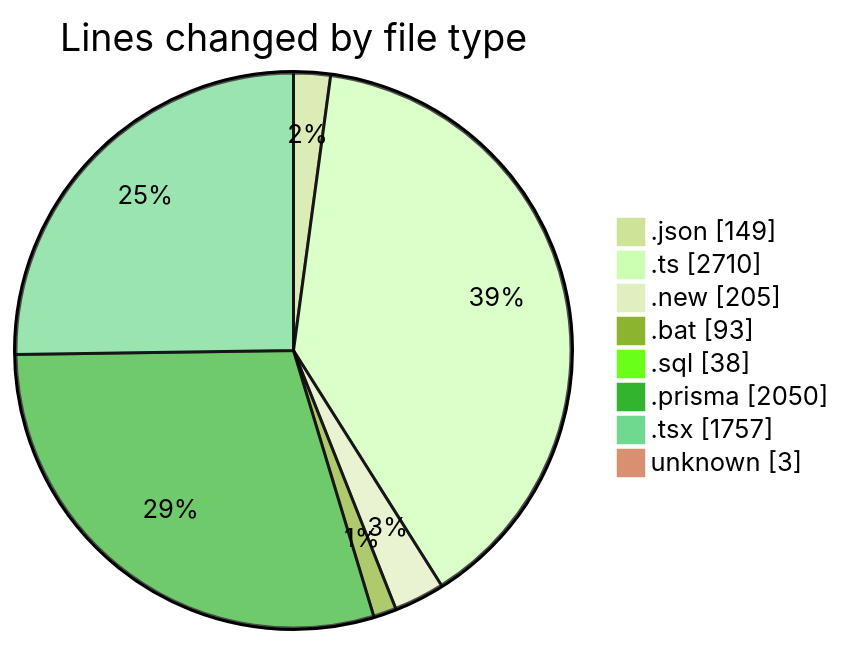
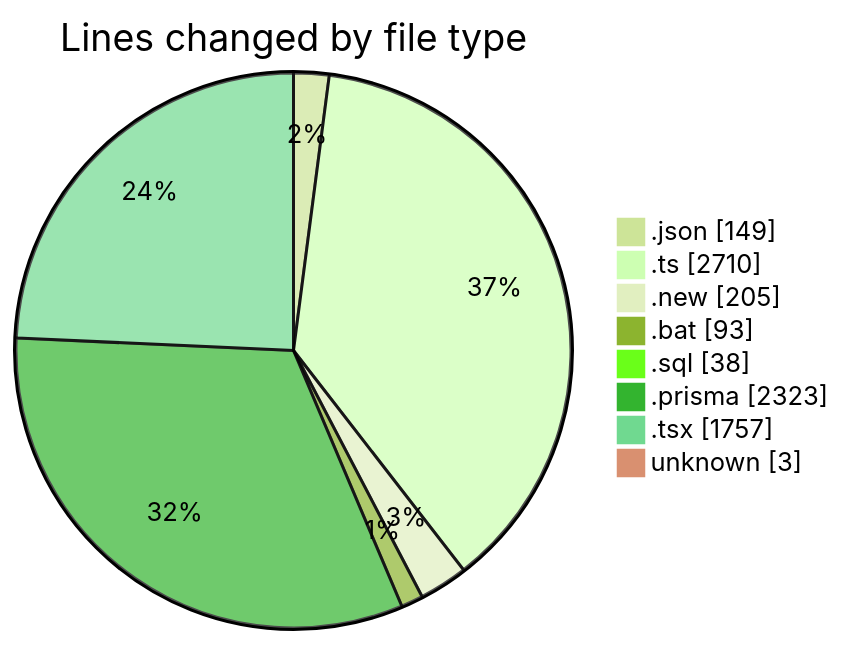
One commit to CELIANVF/code-tracking changed the first of 2 diagrams in 2025-05-20/ecodeli-1/README.md. Above: the diagram before and after it, drawn with Mermaid (forest theme). The commit also changed other lines of this file and 1 other file, not shown here.

````diff
--- a/2025-05-20/ecodeli-1/README.md
+++ b/2025-05-20/ecodeli-1/README.md
@@ -43,12 +45,12 @@
 ```mermaid
 pie showData
 title Lines changed by file type
 ".json" : 149
 ".ts" : 2710
 ".new" : 205
 ".bat" : 93
 ".sql" : 38
-".prisma" : 2050
+".prisma" : 2323
 ".tsx" : 1757
 "unknown" : 3
 ```
````
